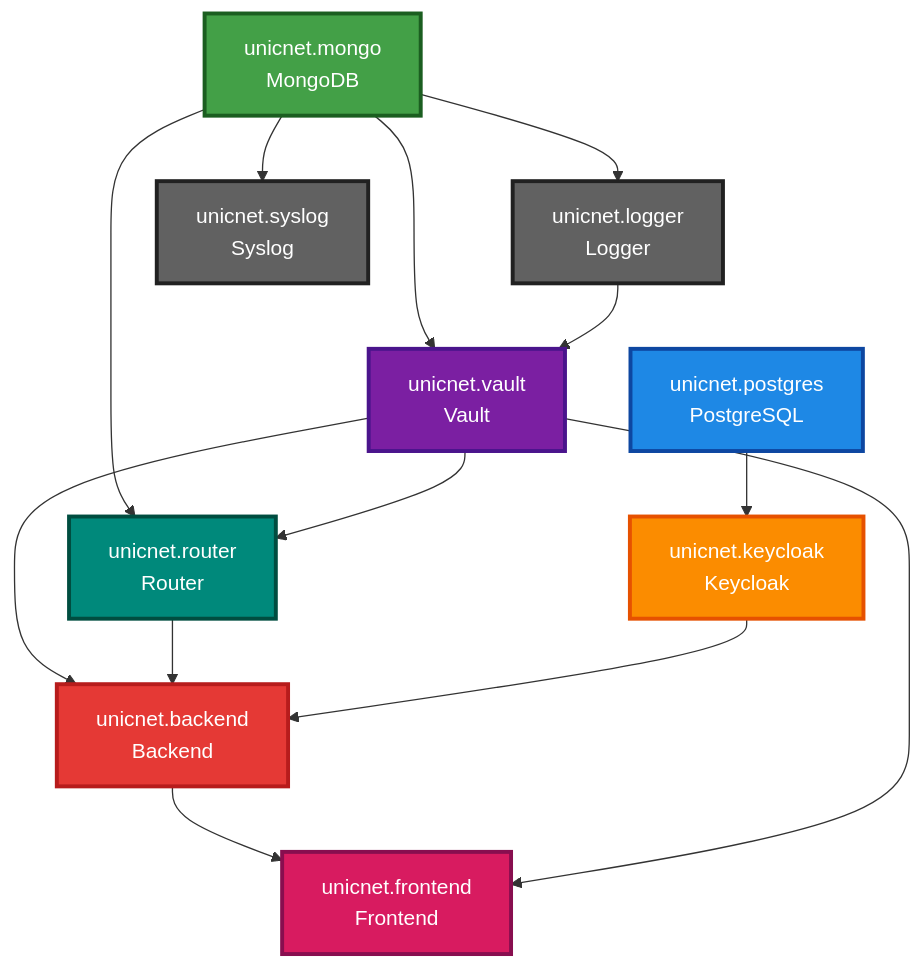
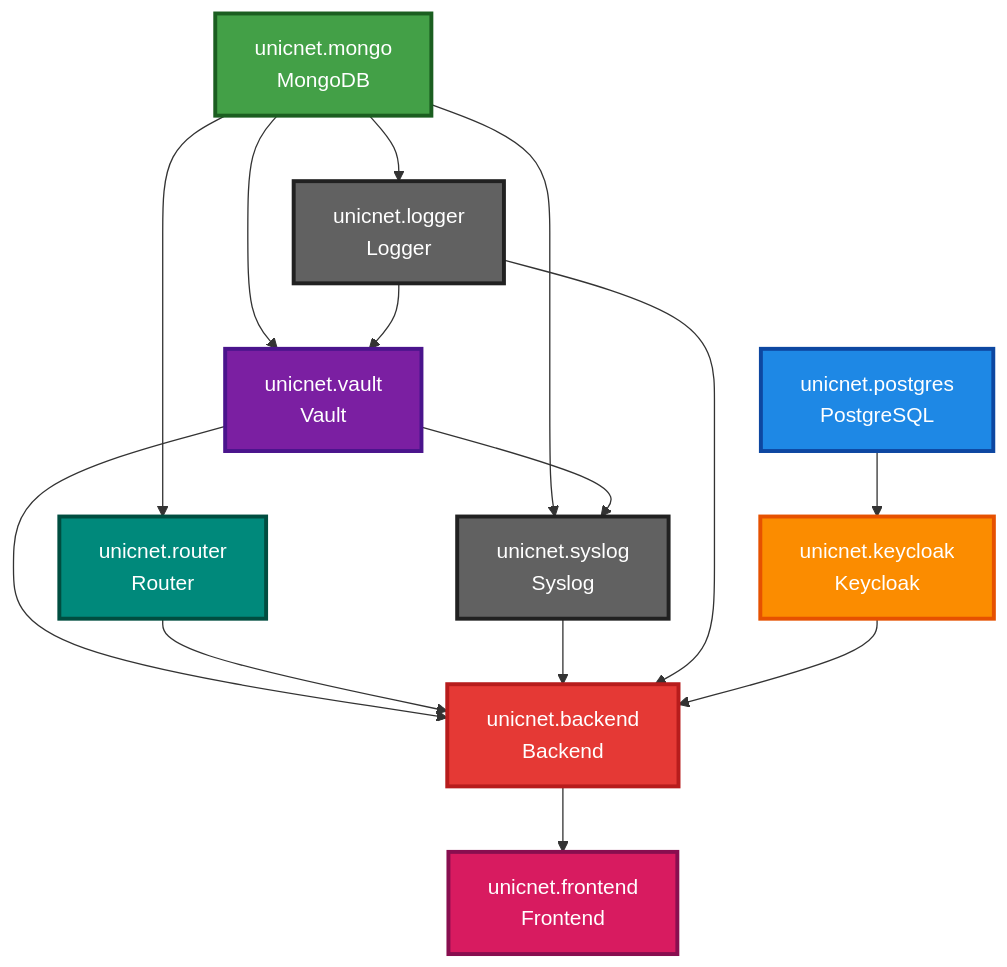
Before and after one commit to rightsoftware-ru/unicnet.enterprise: the diagram in install_all_in_one_instructions.md, drawn with Mermaid. The commit also changed other lines of this file and 1 other file, not shown here.

````diff
--- a/install_all_in_one_instructions.md
+++ b/install_all_in_one_instructions.md
@@ -77,38 +77,39 @@
 ```mermaid
 graph TD
     PG[unicnet.postgres<br/>PostgreSQL]
     MG[unicnet.mongo<br/>MongoDB]
     
     KC[unicnet.keycloak<br/>Keycloak]
     LG[unicnet.logger<br/>Logger]
     SL[unicnet.syslog<br/>Syslog]
     
     VT[unicnet.vault<br/>Vault]
     RT[unicnet.router<br/>Router]
     
     BE[unicnet.backend<br/>Backend]
     FE[unicnet.frontend<br/>Frontend]
     
     PG --> KC
     MG --> LG
     MG --> SL
     MG --> VT
     MG --> RT
     LG --> VT
-    VT --> RT
+    VT --> SL
     VT --> BE
     RT --> BE
+    SL --> BE
+    LG --> BE
     KC --> BE
     BE --> FE
-    VT --> FE
     
     style PG fill:#1e88e5,stroke:#0d47a1,stroke-width:3px,color:#ffffff
     style MG fill:#43a047,stroke:#1b5e20,stroke-width:3px,color:#ffffff
     style KC fill:#fb8c00,stroke:#e65100,stroke-width:3px,color:#ffffff
     style LG fill:#616161,stroke:#212121,stroke-width:3px,color:#ffffff
     style SL fill:#616161,stroke:#212121,stroke-width:3px,color:#ffffff
     style VT fill:#7b1fa2,stroke:#4a148c,stroke-width:3px,color:#ffffff
     style RT fill:#00897b,stroke:#004d40,stroke-width:3px,color:#ffffff
     style BE fill:#e53935,stroke:#b71c1c,stroke-width:3px,color:#ffffff
     style FE fill:#d81b60,stroke:#880e4f,stroke-width:3px,color:#ffffff
 ```
````
